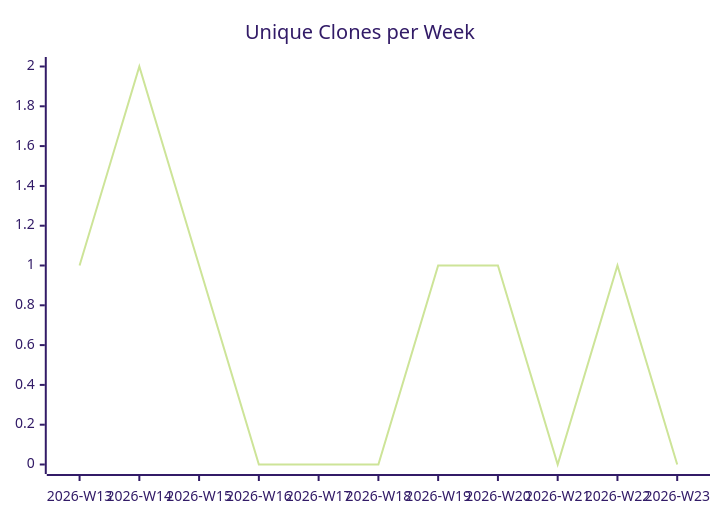
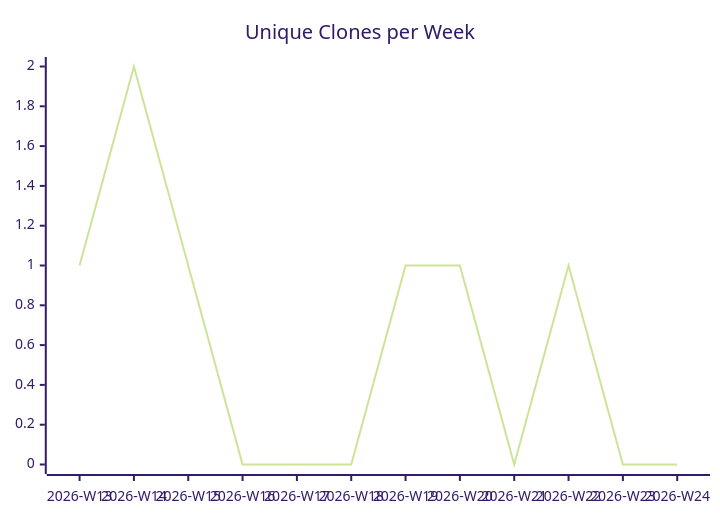
The third of 3 diagrams in karlmdavis/ansible-jenkins/README.md (justdavis-family/github-analytics-data), drawn with Mermaid (forest theme) before and after one commit. The commit also changed other lines of this file and 189 other files, not shown here.

````diff
--- a/karlmdavis/ansible-jenkins/README.md
+++ b/karlmdavis/ansible-jenkins/README.md
@@ -19,6 +19,6 @@
 ```mermaid
 xychart-beta
   title "Unique Clones per Week"
-  x-axis ["2026-W13", "2026-W14", "2026-W15", "2026-W16", "2026-W17", "2026-W18", "2026-W19", "2026-W20", "2026-W21", "2026-W22", "2026-W23"]
-  line [1, 2, 1, 0, 0, 0, 1, 1, 0, 1, 0]
+  x-axis ["2026-W13", "2026-W14", "2026-W15", "2026-W16", "2026-W17", "2026-W18", "2026-W19", "2026-W20", "2026-W21", "2026-W22", "2026-W23", "2026-W24"]
+  line [1, 2, 1, 0, 0, 0, 1, 1, 0, 1, 0, 0]
 ```
````
